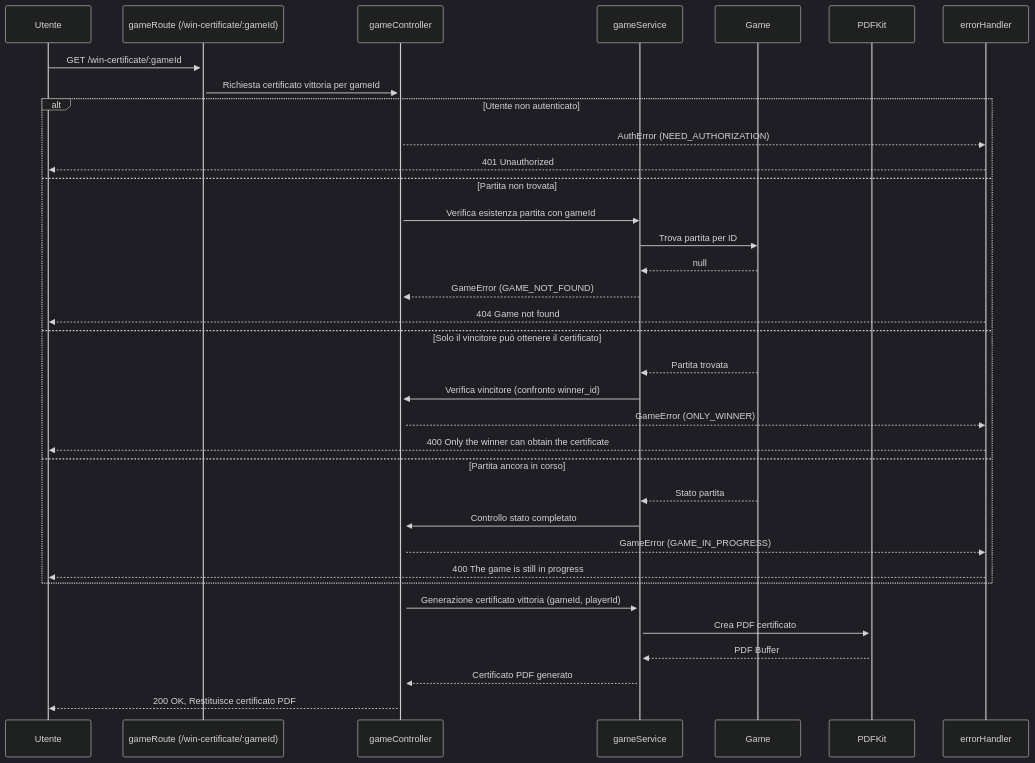
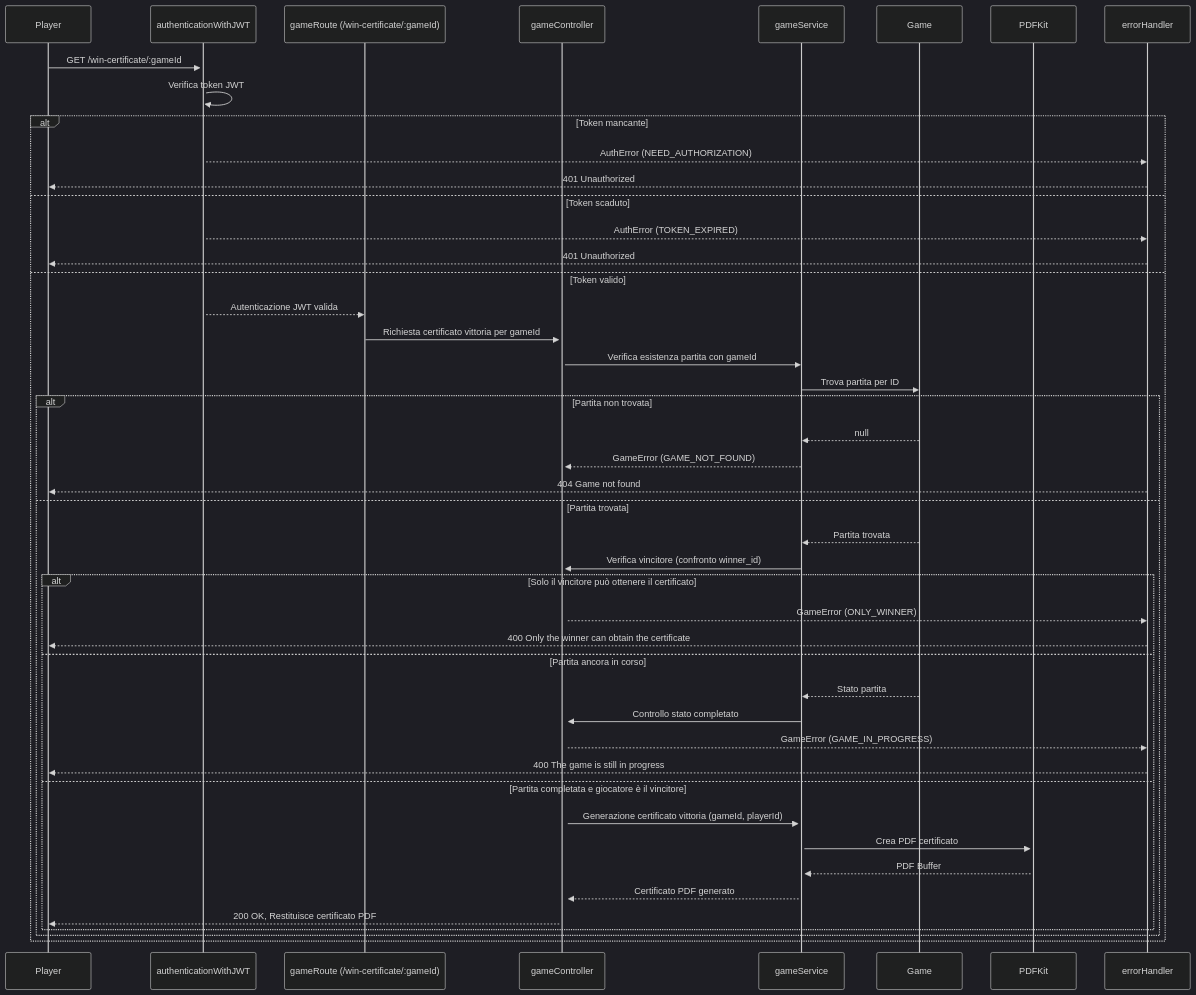
One commit to AndreaMarini01/progetto_PA changed diagram 11 of 12 in README.md. Above: the diagram before and after it, drawn with Mermaid (dark theme). The commit also changed other lines of this file, not shown here.

Commit message:
Revisione README fino a diagramma ER

````diff
--- a/README.md
+++ b/README.md
@@ -687,41 +701,55 @@
 ```mermaid
 sequenceDiagram
-    participant User as Utente
+    participant Player as Player
+    participant JWTMiddleware as authenticationWithJWT
     participant GameRoute as gameRoute (/win-certificate/:gameId)
     participant Controller as gameController
     participant Service as gameService
     participant Model as Game
     participant PDFGenerator as PDFKit
     participant ErrorHandler as errorHandler
 
-    User->>+GameRoute: GET /win-certificate/:gameId
-    GameRoute->>+Controller: Richiesta certificato vittoria per gameId
+    Player->>+JWTMiddleware: GET /win-certificate/:gameId
+    JWTMiddleware->>JWTMiddleware: Verifica token JWT
 
-    alt Utente non autenticato
-        Controller-->>ErrorHandler: AuthError (NEED_AUTHORIZATION)
-        ErrorHandler-->>User: 401 Unauthorized
-    else Partita non trovata
+    alt Token mancante
+        JWTMiddleware-->>ErrorHandler: AuthError (NEED_AUTHORIZATION)
+        ErrorHandler-->>Player: 401 Unauthorized
+    else Token scaduto
+        JWTMiddleware-->>ErrorHandler: AuthError (TOKEN_EXPIRED)
+        ErrorHandler-->>Player: 401 Unauthorized
+    else Token valido
+        JWTMiddleware-->>GameRoute: Autenticazione JWT valida
+        GameRoute->>+Controller: Richiesta certificato vittoria per gameId
+
         Controller->>Service: Verifica esistenza partita con gameId
         Service->>Model: Trova partita per ID
-        Model-->>Service: null
-        Service-->>Controller: GameError (GAME_NOT_FOUND)
-        ErrorHandler-->>User: 404 Game not found
-    else Solo il vincitore può ottenere il certificato
-        Model-->>Service: Partita trovata
-        Service->>+Controller: Verifica vincitore (confronto winner_id)
-        Controller-->>ErrorHandler: GameError (ONLY_WINNER)
-        ErrorHandler-->>User: 400 Only the winner can obtain the certificate
-    else Partita ancora in corso
-        Model-->>Service: Stato partita
-        Service->>Controller: Controllo stato completato
-        Controller-->>ErrorHandler: GameError (GAME_IN_PROGRESS)
-        ErrorHandler-->>User: 400 The game is still in progress
+
+        alt Partita non trovata
+            Model-->>Service: null
+            Service-->>Controller: GameError (GAME_NOT_FOUND)
+            ErrorHandler-->>Player: 404 Game not found
+        else Partita trovata
+            Model-->>Service: Partita trovata
+            Service->>+Controller: Verifica vincitore (confronto winner_id)
+
+            alt Solo il vincitore può ottenere il certificato
+                Controller-->>ErrorHandler: GameError (ONLY_WINNER)
+                ErrorHandler-->>Player: 400 Only the winner can obtain the certificate
+            else Partita ancora in corso
+                Model-->>Service: Stato partita
+                Service->>Controller: Controllo stato completato
+                Controller-->>ErrorHandler: GameError (GAME_IN_PROGRESS)
+                ErrorHandler-->>Player: 400 The game is still in progress
+            else Partita completata e giocatore è il vincitore
+                Controller->>+Service: Generazione certificato vittoria (gameId, playerId)
+                Service->>+PDFGenerator: Crea PDF certificato
+                PDFGenerator-->>Service: PDF Buffer
+                Service-->>Controller: Certificato PDF generato
+
+                Controller-->>Player: 200 OK, Restituisce certificato PDF
+            end
+        end
     end
 
-    Controller->>+Service: Generazione certificato vittoria (gameId, playerId)
-    Service->>+PDFGenerator: Crea PDF certificato
-    PDFGenerator-->>Service: PDF Buffer
-    Service-->>Controller: Certificato PDF generato
-
-    Controller-->>User: 200 OK, Restituisce certificato PDF
 ```
````
